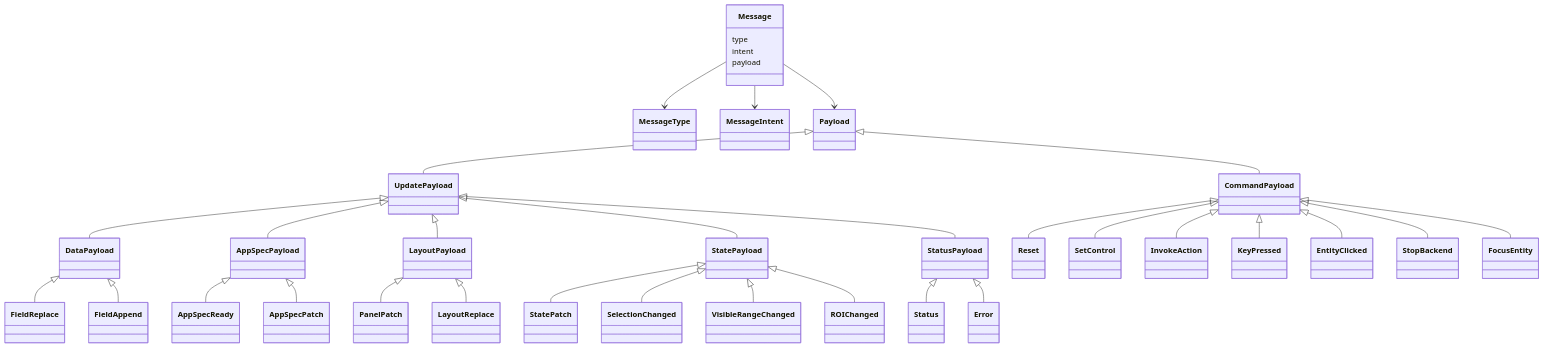
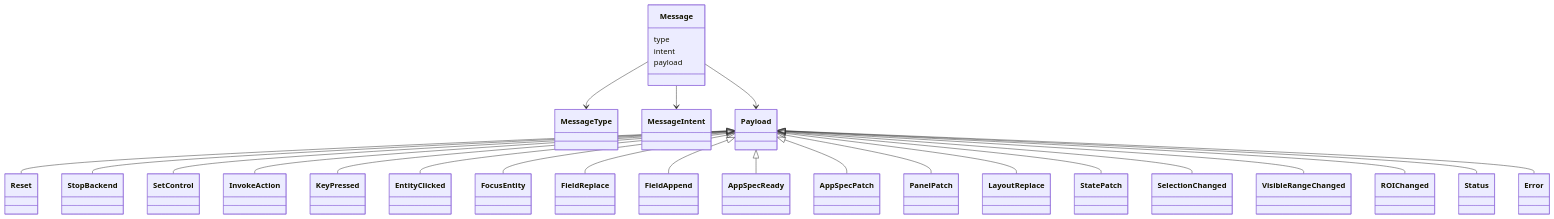
The fifth of 19 diagrams in docs/architecture/design/proposals/backend-transport-frontend-proposal.md (orrenravid1/CompartmentalNeuronGUI), drawn with Mermaid before and after one commit. The commit also changed other lines of this file and 6 other files, not shown here.

````diff
--- a/docs/architecture/design/proposals/backend-transport-frontend-proposal.md
+++ b/docs/architecture/design/proposals/backend-transport-frontend-proposal.md
@@ -587,50 +665,35 @@
 ```mermaid
 classDiagram
     class Message {
       type
       intent
       payload
     }
     class MessageType
     class MessageIntent
     class Payload
-    class CommandPayload
-    class UpdatePayload
-    class DataPayload
-    class AppSpecPayload
-    class LayoutPayload
-    class StatePayload
-    class StatusPayload
 
     Message --> MessageType
     Message --> MessageIntent
     Message --> Payload
-    Payload <|-- CommandPayload
-    Payload <|-- UpdatePayload
-    UpdatePayload <|-- DataPayload
-    UpdatePayload <|-- AppSpecPayload
-    UpdatePayload <|-- LayoutPayload
-    UpdatePayload <|-- StatePayload
-    UpdatePayload <|-- StatusPayload
 
-    CommandPayload <|-- Reset
-    CommandPayload <|-- SetControl
-    CommandPayload <|-- InvokeAction
-    CommandPayload <|-- KeyPressed
-    CommandPayload <|-- EntityClicked
-    CommandPayload <|-- StopBackend
-    CommandPayload <|-- FocusEntity
-
-    DataPayload <|-- FieldReplace
-    DataPayload <|-- FieldAppend
-    AppSpecPayload <|-- AppSpecReady
-    AppSpecPayload <|-- AppSpecPatch
-    LayoutPayload <|-- PanelPatch
-    LayoutPayload <|-- LayoutReplace
-    StatePayload <|-- StatePatch
-    StatePayload <|-- SelectionChanged
-    StatePayload <|-- VisibleRangeChanged
-    StatePayload <|-- ROIChanged
-    StatusPayload <|-- Status
-    StatusPayload <|-- Error
+    Payload <|-- Reset
+    Payload <|-- StopBackend
+    Payload <|-- SetControl
+    Payload <|-- InvokeAction
+    Payload <|-- KeyPressed
+    Payload <|-- EntityClicked
+    Payload <|-- FocusEntity
+    Payload <|-- FieldReplace
+    Payload <|-- FieldAppend
+    Payload <|-- AppSpecReady
+    Payload <|-- AppSpecPatch
+    Payload <|-- PanelPatch
+    Payload <|-- LayoutReplace
+    Payload <|-- StatePatch
+    Payload <|-- SelectionChanged
+    Payload <|-- VisibleRangeChanged
+    Payload <|-- ROIChanged
+    Payload <|-- Status
+    Payload <|-- Error
 ```
````
